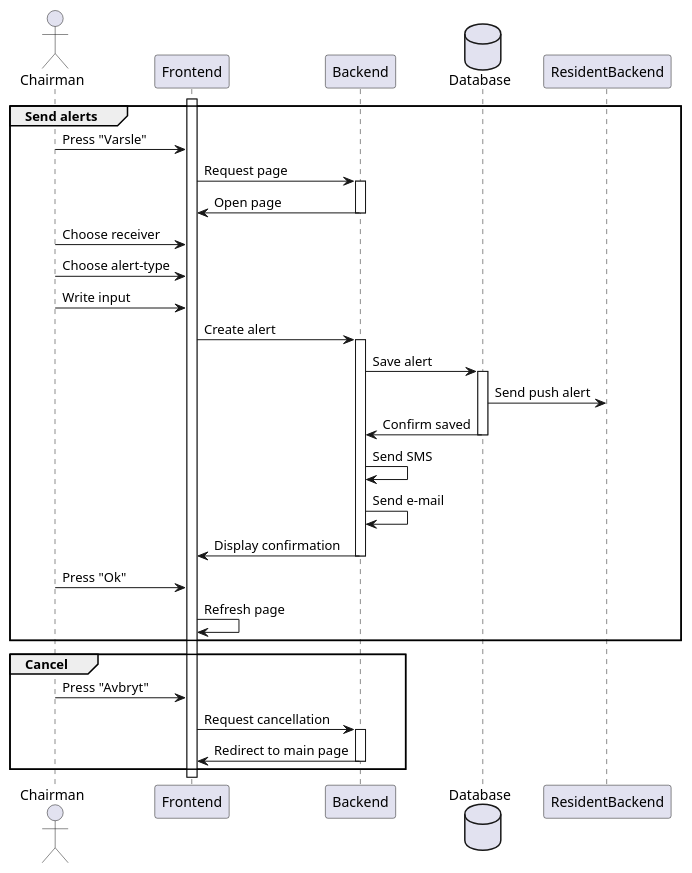
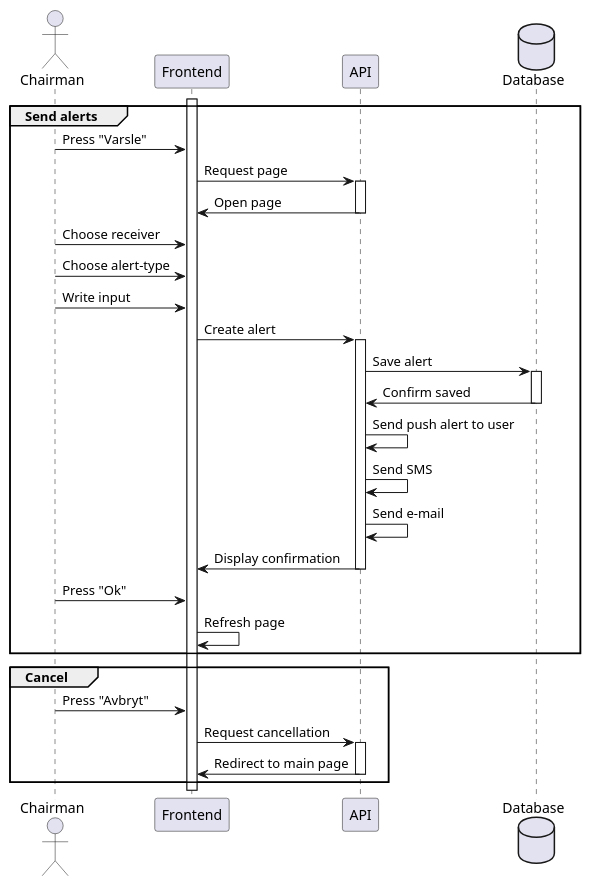
The diagram in Sequence-web-Chairman-Varsle.plantuml (Brannersrud/Nabovarsel_UML), drawn with PlantUML before and after one commit. The commit also changed 22 other files, not shown here.

Commit message:
GANTT-diagram

```diff
--- a/Sequence-web-Chairman-Varsle.plantuml
+++ b/Sequence-web-Chairman-Varsle.plantuml
@@ -1,43 +1,42 @@
 @startuml Chairman send notification
 actor Chairman
 participant Frontend
-participant Backend
+participant API
 database Database
-participant ResidentBackend
 
 group Send alerts
 activate Frontend
     Chairman -> Frontend : Press "Varsle"
-    Frontend -> Backend : Request page
-activate Backend
-    Backend -> Frontend : Open page
-deactivate Backend
+    Frontend -> API : Request page
+activate API
+    API -> Frontend : Open page
+deactivate API
 
     Chairman -> Frontend : Choose receiver
     Chairman -> Frontend : Choose alert-type
     Chairman -> Frontend : Write input
-    Frontend -> Backend : Create alert
-activate Backend
-    Backend -> Database : Save alert
+    Frontend -> API : Create alert
+activate API
+    API -> Database : Save alert
 activate Database
-        Database -> ResidentBackend : Send push alert
-    Database -> Backend : Confirm saved
+    Database -> API : Confirm saved
 deactivate Database
-    Backend -> Backend : Send SMS
-    Backend -> Backend : Send e-mail
-    Backend -> Frontend : Display confirmation
-deactivate Backend
+    API -> API : Send push alert to user
+    API -> API : Send SMS
+    API -> API : Send e-mail
+    API -> Frontend : Display confirmation
+deactivate API
     Chairman -> Frontend : Press "Ok"
     Frontend -> Frontend : Refresh page
 end
 
 group Cancel 
     Chairman -> Frontend : Press "Avbryt"
-    Frontend -> Backend : Request cancellation
-activate Backend
-    Backend -> Frontend : Redirect to main page
-deactivate Backend
+    Frontend -> API : Request cancellation
+activate API
+    API -> Frontend : Redirect to main page
+deactivate API
 end
 
 
 @enduml
```
